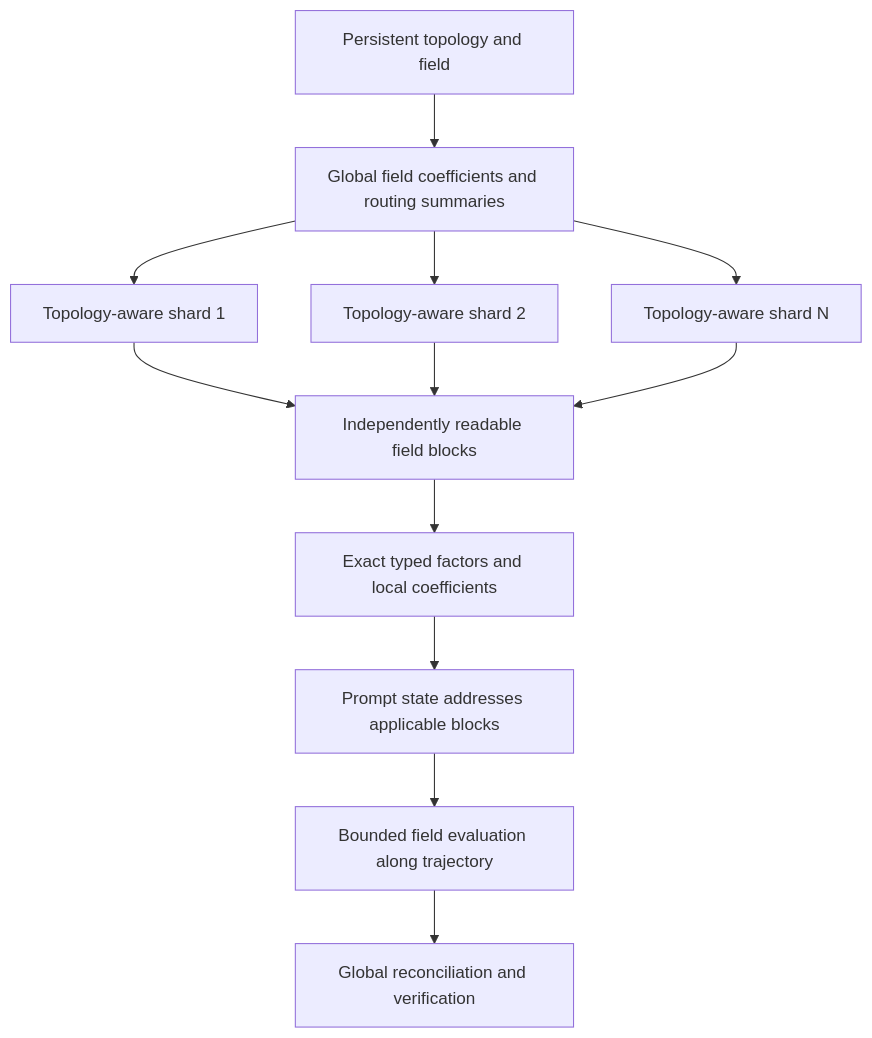
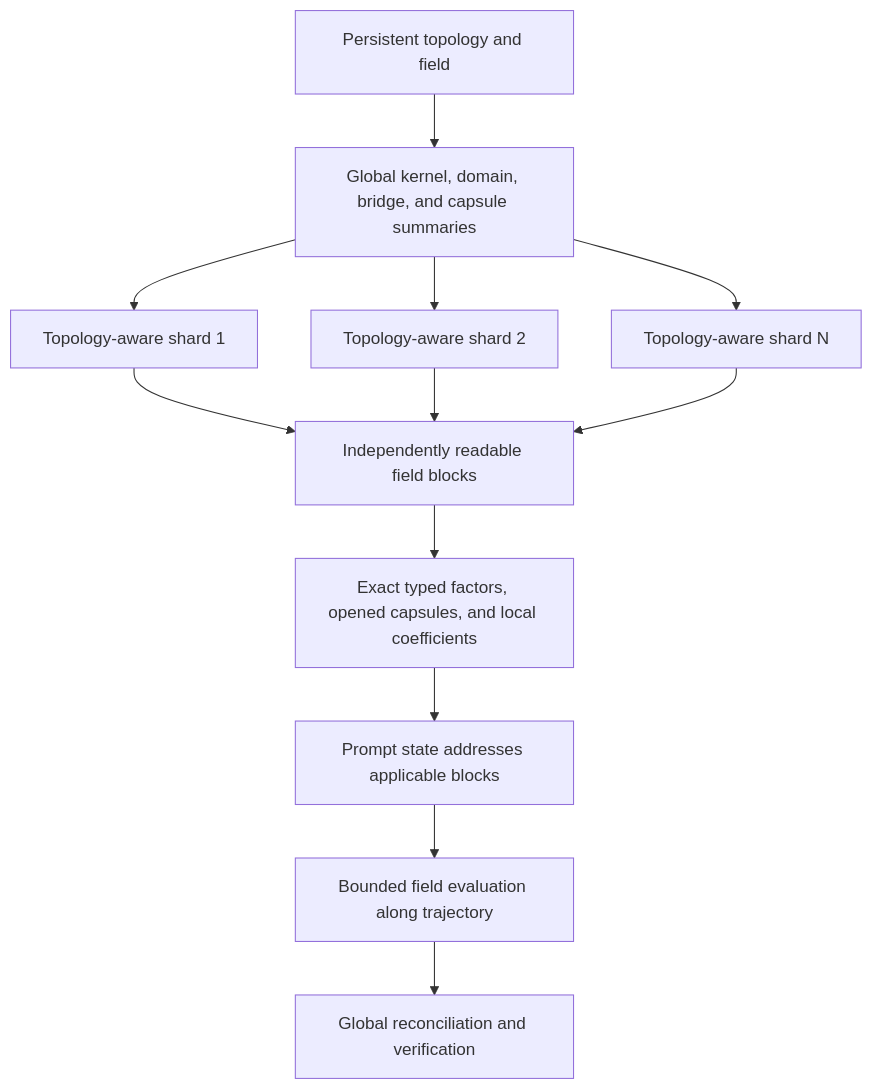
The seventh of 7 diagrams in docs/architecture.md (rishi-ie/LTM), drawn with Mermaid before and after one commit. The commit also changed other lines of this file and 2 other files, not shown here.

````diff
--- a/docs/architecture.md
+++ b/docs/architecture.md
@@ -1002,22 +2802,22 @@
 ```mermaid
 flowchart TD
     A["Persistent topology and field"]
-    B["Global field coefficients and routing summaries"]
+    B["Global kernel, domain, bridge, and capsule summaries"]
     C1["Topology-aware shard 1"]
     C2["Topology-aware shard 2"]
     C3["Topology-aware shard N"]
     D1["Independently readable field blocks"]
-    D2["Exact typed factors and local coefficients"]
+    D2["Exact typed factors, opened capsules, and local coefficients"]
     E["Prompt state addresses applicable blocks"]
     F["Bounded field evaluation along trajectory"]
     G["Global reconciliation and verification"]
 
     A --> B
     B --> C1
     B --> C2
     B --> C3
     C1 --> D1
     C2 --> D1
     C3 --> D1
     D1 --> D2 --> E --> F --> G
 ```
````
